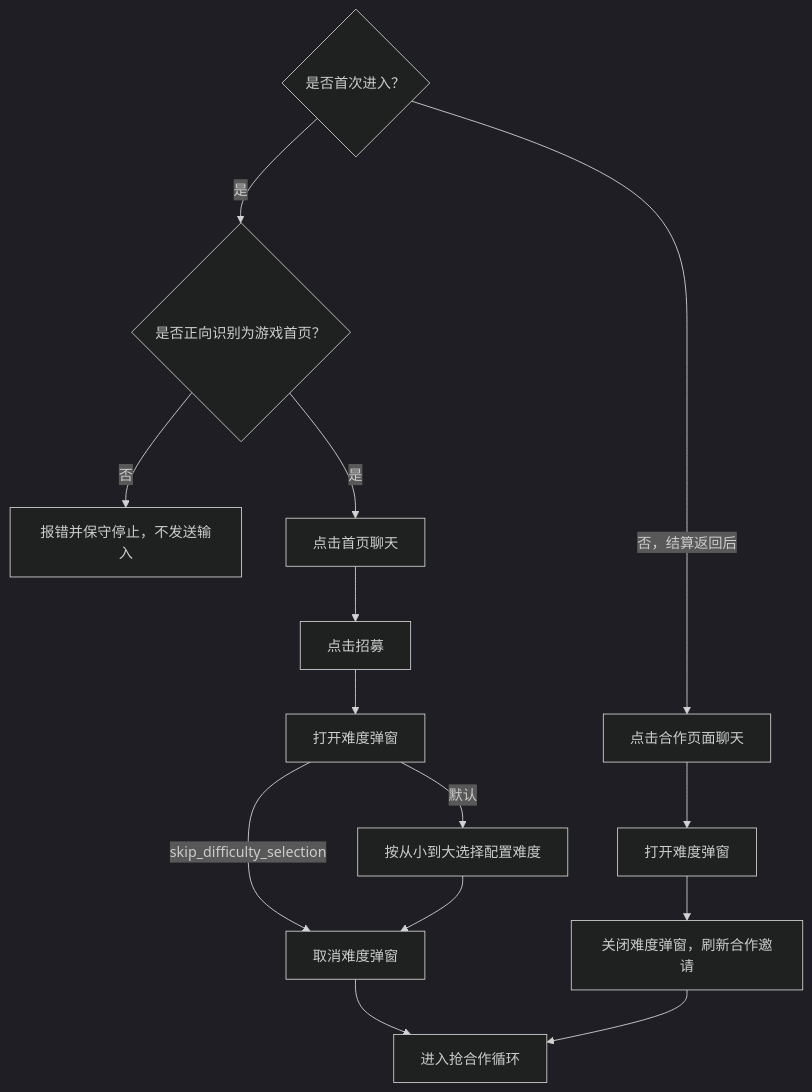
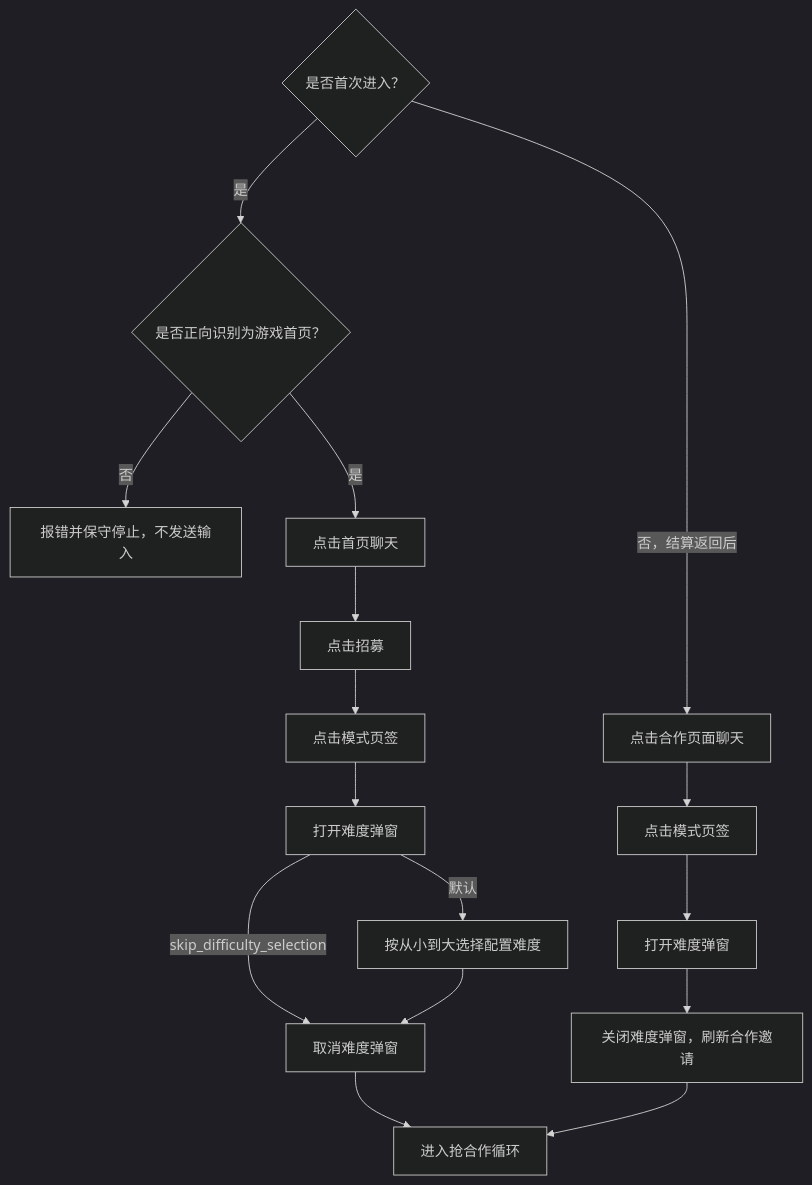
Before and after one commit to imer2026/wlxq: the second of 2 diagrams in docs/automation-flow.md, drawn with Mermaid (dark theme). The commit also changed other lines of this file and 3 other files, not shown here.

````diff
--- a/docs/automation-flow.md
+++ b/docs/automation-flow.md
@@ -72,17 +73,19 @@
 ```mermaid
 flowchart TD
     A{"是否首次进入？"}
     A -- "是" --> A2{"是否正向识别为游戏首页？"}
     A2 -- "否" --> X["报错并保守停止，不发送输入"]
     A2 -- "是" --> B["点击首页聊天"]
     B --> C["点击招募"]
-    C --> D["打开难度弹窗"]
+    C --> C2["点击模式页签"]
+    C2 --> D["打开难度弹窗"]
     D -- "默认" --> D2["按从小到大选择配置难度"]
     D -- "skip_difficulty_selection" --> E
     D2 --> E["取消难度弹窗"]
     A -- "否，结算返回后" --> F["点击合作页面聊天"]
-    F --> F2["打开难度弹窗"]
+    F --> F1["点击模式页签"]
+    F1 --> F2["打开难度弹窗"]
     F2 --> F3["关闭难度弹窗，刷新合作邀请"]
     E --> G["进入抢合作循环"]
     F3 --> G
 ```
````
